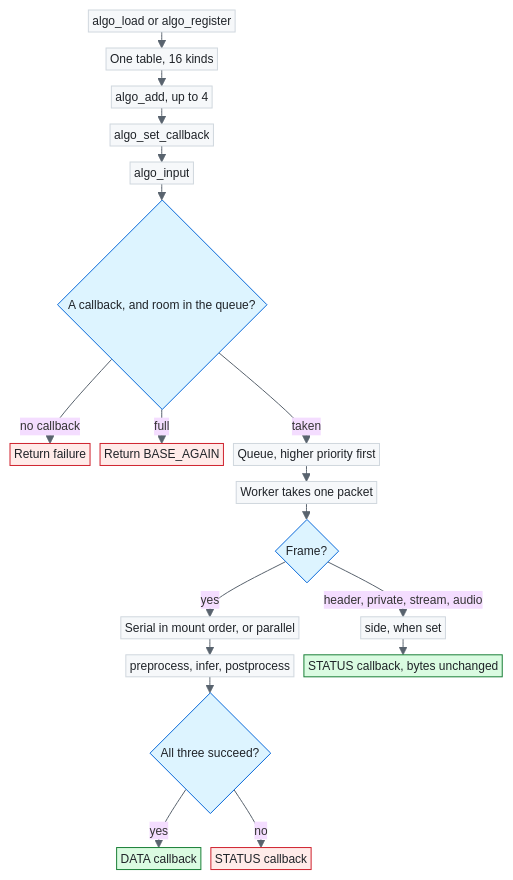
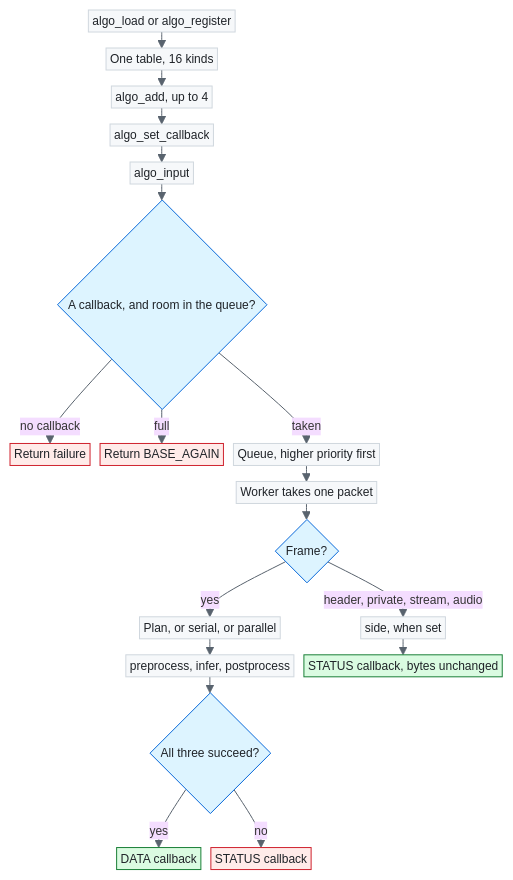
Before and after one commit to SparkTheCreater/pet-monitor: the third of 6 diagrams in README.md, drawn with Mermaid. The commit also changed other lines of this file and 9 other files, not shown here.

````diff
--- a/README.md
+++ b/README.md
@@ -171,29 +171,29 @@
 ```mermaid
 %%{init: {'theme': 'base', 'themeVariables': {'fontSize': '12px', 'fontFamily': '-apple-system, BlinkMacSystemFont, Segoe UI, Helvetica, Arial, sans-serif', 'background': '#ffffff', 'lineColor': '#59636e', 'textColor': '#1f2328'}, 'flowchart': {'useMaxWidth': false, 'nodeSpacing': 10, 'rankSpacing': 16, 'padding': 2}}}%%
 flowchart TD
   load["algo_load or algo_register"] --> table["One table, 16 kinds"]
   table --> add["algo_add, up to 4"]
   add --> cb["algo_set_callback"]
   cb --> feed["algo_input"]
   feed --> gate{"A callback, and room in the queue?"}
   gate -->|no callback| fail["Return failure"]
   gate -->|full| again["Return BASE_AGAIN"]
   gate -->|taken| queue["Queue, higher priority first"]
   queue --> worker["Worker takes one packet"]
   worker --> kind{"Frame?"}
-  kind -->|yes| mode["Serial in mount order, or parallel"]
+  kind -->|yes| mode["Plan, or serial, or parallel"]
   mode --> step["preprocess, infer, postprocess"]
   step --> done{"All three succeed?"}
   done -->|yes| data["DATA callback"]
   done -->|no| bad["STATUS callback"]
   kind -->|header, private, stream, audio| side["side, when set"]
   side --> echo["STATUS callback, bytes unchanged"]
   classDef plain fill:#f6f8fa,stroke:#d0d7de,color:#1f2328
   classDef ask fill:#ddf4ff,stroke:#0969da,color:#1f2328
   classDef go fill:#dafbe1,stroke:#1a7f37,color:#1f2328
   classDef stop fill:#ffebe9,stroke:#cf222e,color:#1f2328
   class load,table,add,cb,feed,queue,worker,mode,step,side plain
   class gate,kind,done ask
   class data,echo go
   class fail,again,bad stop
 ```
````
